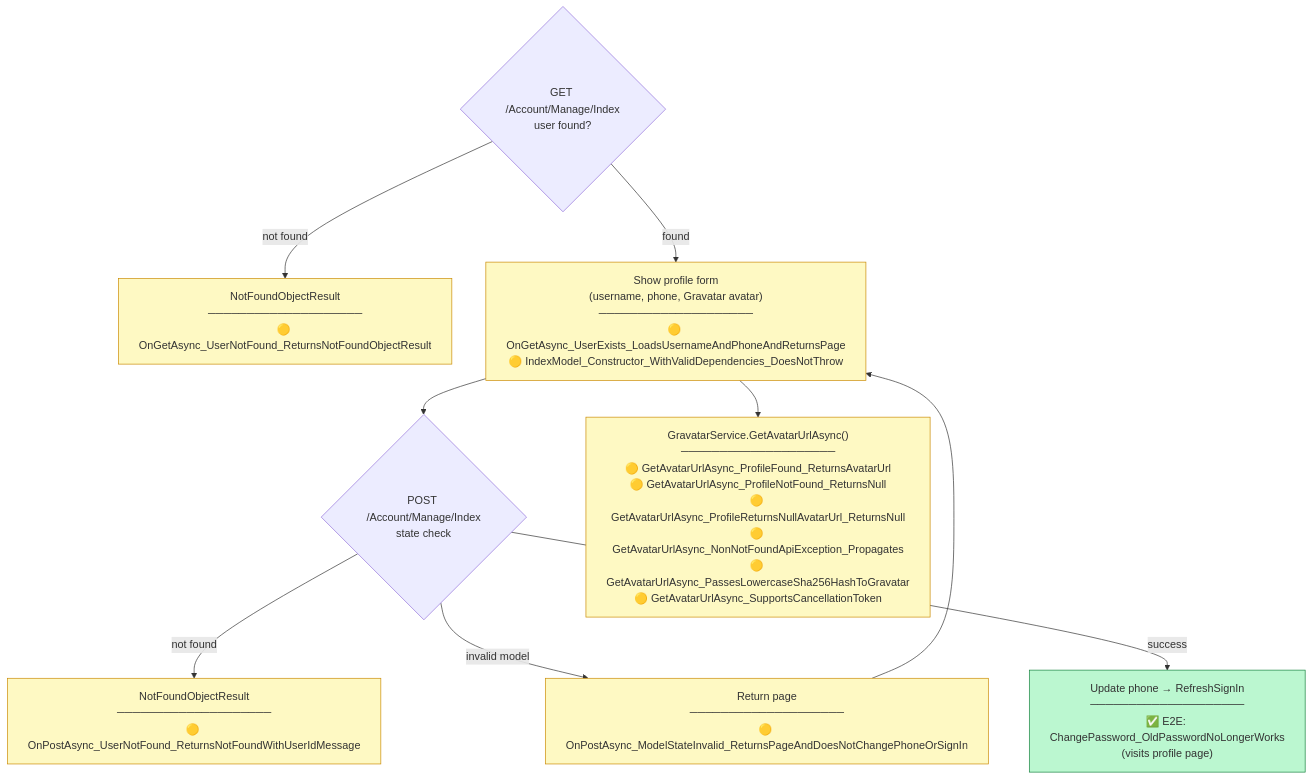
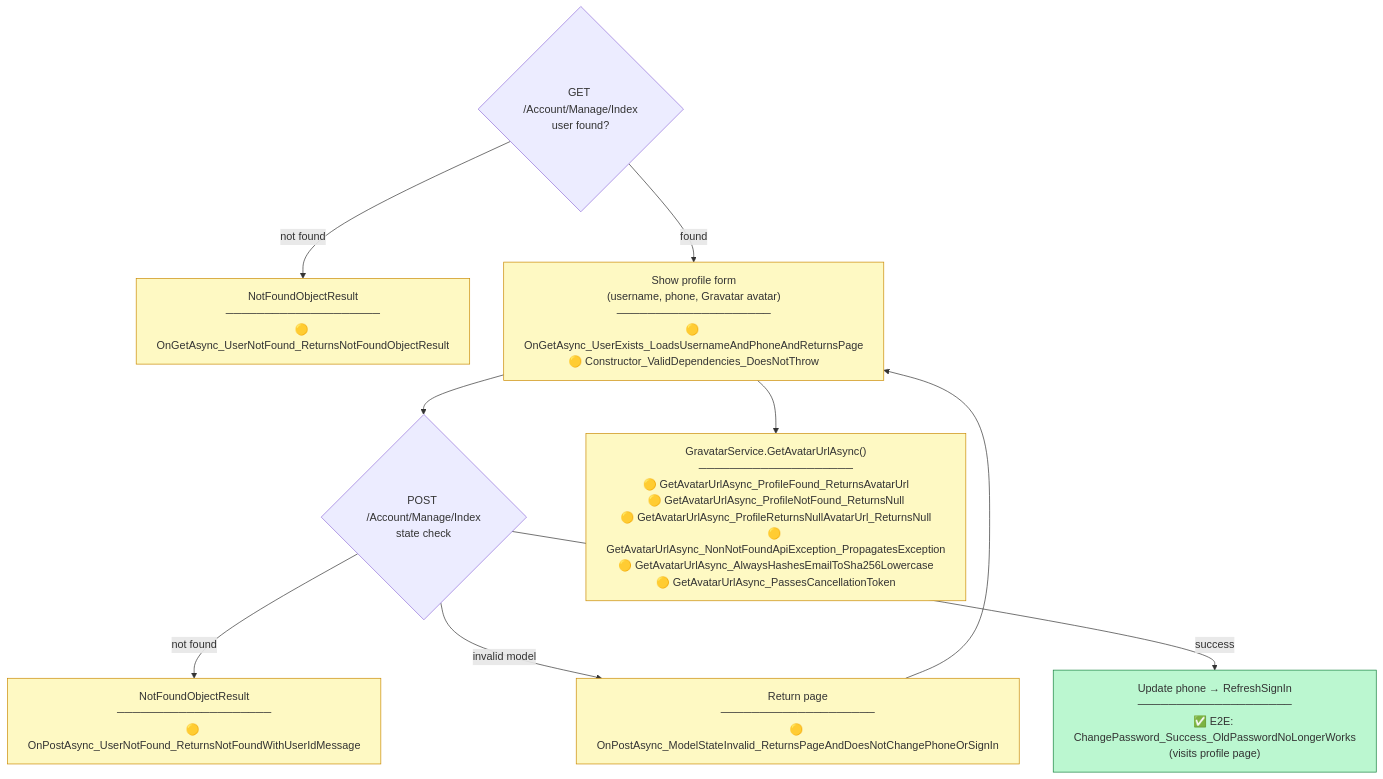
One commit to crgolden/Identity changed the eighth of 16 diagrams in TESTING.md. Above: the diagram before and after it, drawn with Mermaid. The commit also changed other lines of this file and 54 other files, not shown here.

````diff
--- a/TESTING.md
+++ b/TESTING.md
@@ -639,31 +639,31 @@
 ```mermaid
 flowchart TD
     classDef covered fill:#bbf7d0,stroke:#15803d
     classDef unitOnly fill:#fef9c3,stroke:#ca8a04
     classDef partial fill:#fed7aa,stroke:#ea580c
 
     ProfileGET{"GET /Account/Manage/Index\nuser found?"}
 
     ProfileNotFound["NotFoundObjectResult\n────────────────────\n🟡 OnGetAsync_UserNotFound_ReturnsNotFoundObjectResult"]:::unitOnly
 
-    ProfilePage["Show profile form\n(username, phone, Gravatar avatar)\n────────────────────\n🟡 OnGetAsync_UserExists_LoadsUsernameAndPhoneAndReturnsPage\n🟡 IndexModel_Constructor_WithValidDependencies_DoesNotThrow"]:::unitOnly
+    ProfilePage["Show profile form\n(username, phone, Gravatar avatar)\n────────────────────\n🟡 OnGetAsync_UserExists_LoadsUsernameAndPhoneAndReturnsPage\n🟡 Constructor_ValidDependencies_DoesNotThrow"]:::unitOnly
 
     ProfilePOST{"POST /Account/Manage/Index\nstate check"}
 
     ProfileUserNotFound["NotFoundObjectResult\n────────────────────\n🟡 OnPostAsync_UserNotFound_ReturnsNotFoundWithUserIdMessage"]:::unitOnly
 
     ProfileModelInvalid["Return page\n────────────────────\n🟡 OnPostAsync_ModelStateInvalid_ReturnsPageAndDoesNotChangePhoneOrSignIn"]:::unitOnly
 
-    ProfileSaved["Update phone → RefreshSignIn\n────────────────────\n✅ E2E: ChangePassword_OldPasswordNoLongerWorks\n(visits profile page)"]:::covered
+    ProfileSaved["Update phone → RefreshSignIn\n────────────────────\n✅ E2E: ChangePassword_Success_OldPasswordNoLongerWorks\n(visits profile page)"]:::covered
 
-    GravatarService["GravatarService.GetAvatarUrlAsync()\n────────────────────\n🟡 GetAvatarUrlAsync_ProfileFound_ReturnsAvatarUrl\n🟡 GetAvatarUrlAsync_ProfileNotFound_ReturnsNull\n🟡 GetAvatarUrlAsync_ProfileReturnsNullAvatarUrl_ReturnsNull\n🟡 GetAvatarUrlAsync_NonNotFoundApiException_Propagates\n🟡 GetAvatarUrlAsync_PassesLowercaseSha256HashToGravatar\n🟡 GetAvatarUrlAsync_SupportsCancellationToken"]:::unitOnly
+    GravatarService["GravatarService.GetAvatarUrlAsync()\n────────────────────\n🟡 GetAvatarUrlAsync_ProfileFound_ReturnsAvatarUrl\n🟡 GetAvatarUrlAsync_ProfileNotFound_ReturnsNull\n🟡 GetAvatarUrlAsync_ProfileReturnsNullAvatarUrl_ReturnsNull\n🟡 GetAvatarUrlAsync_NonNotFoundApiException_PropagatesException\n🟡 GetAvatarUrlAsync_AlwaysHashesEmailToSha256Lowercase\n🟡 GetAvatarUrlAsync_PassesCancellationToken"]:::unitOnly
 
     ProfileGET -->|"not found"| ProfileNotFound
     ProfileGET -->|"found"| ProfilePage
     ProfilePage --> GravatarService
     ProfilePage --> ProfilePOST
     ProfilePOST -->|"not found"| ProfileUserNotFound
     ProfilePOST -->|"invalid model"| ProfileModelInvalid
     ProfileModelInvalid --> ProfilePage
     ProfilePOST -->|"success"| ProfileSaved
 ```
````
